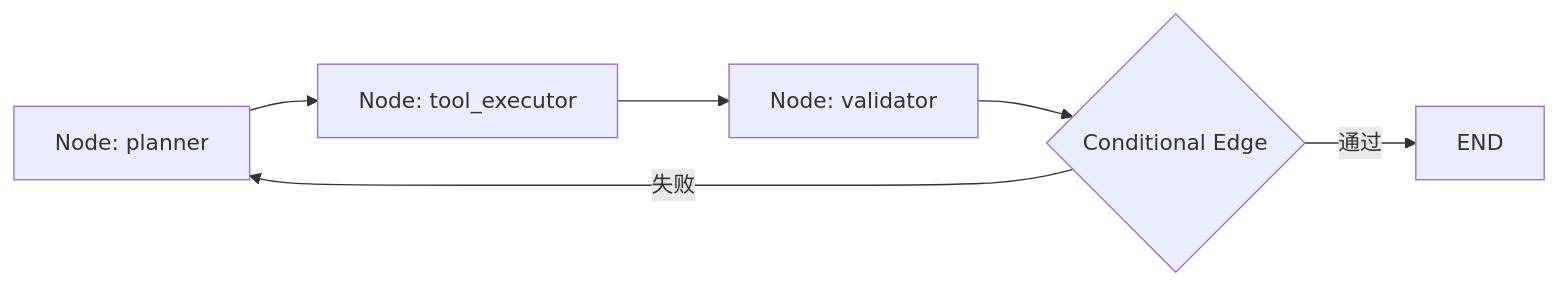
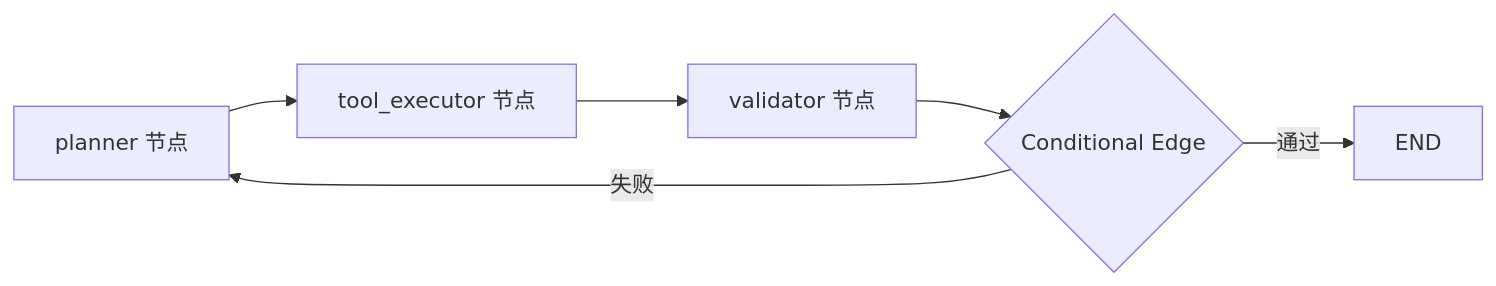
The second of 6 diagrams in docs/05-tools-frameworks/langgraph-principles.md (xiaoqianbaobao/ai-guide), drawn with Mermaid before and after one commit. The commit also changed other lines of this file and 14 other files, not shown here.

Commit message:
修复前端mermaid语法错误问题

````diff
--- a/docs/05-tools-frameworks/langgraph-principles.md
+++ b/docs/05-tools-frameworks/langgraph-principles.md
@@ -182,8 +182,8 @@
 ```mermaid
 flowchart LR
-    A[Node: planner] --> B[Node: tool_executor]
-    B --> C[Node: validator]
+    A[planner 节点] --> B[tool_executor 节点]
+    B --> C[validator 节点]
     C --> D{Conditional Edge}
     D -->|通过| E[END]
     D -->|失败| A
 ```
````
